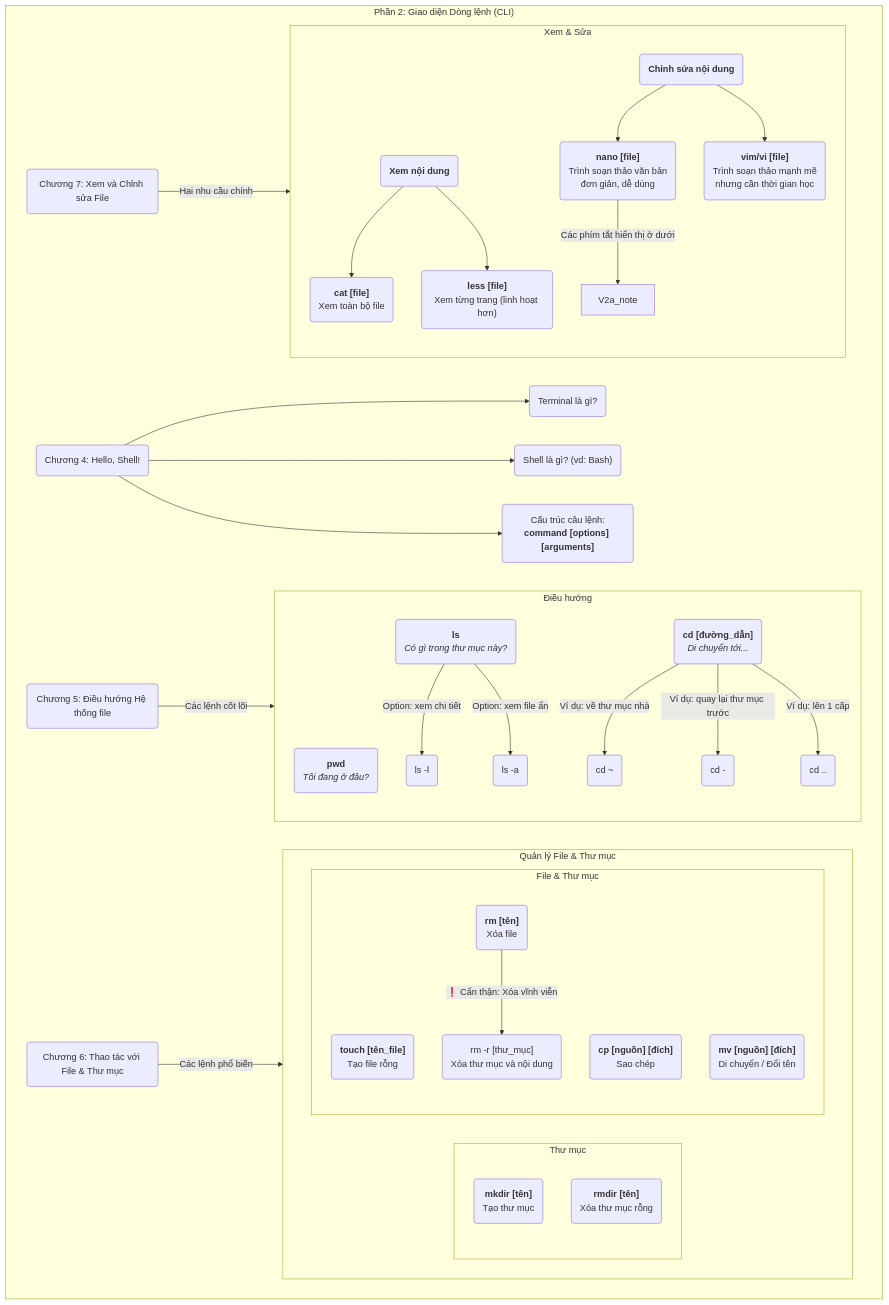
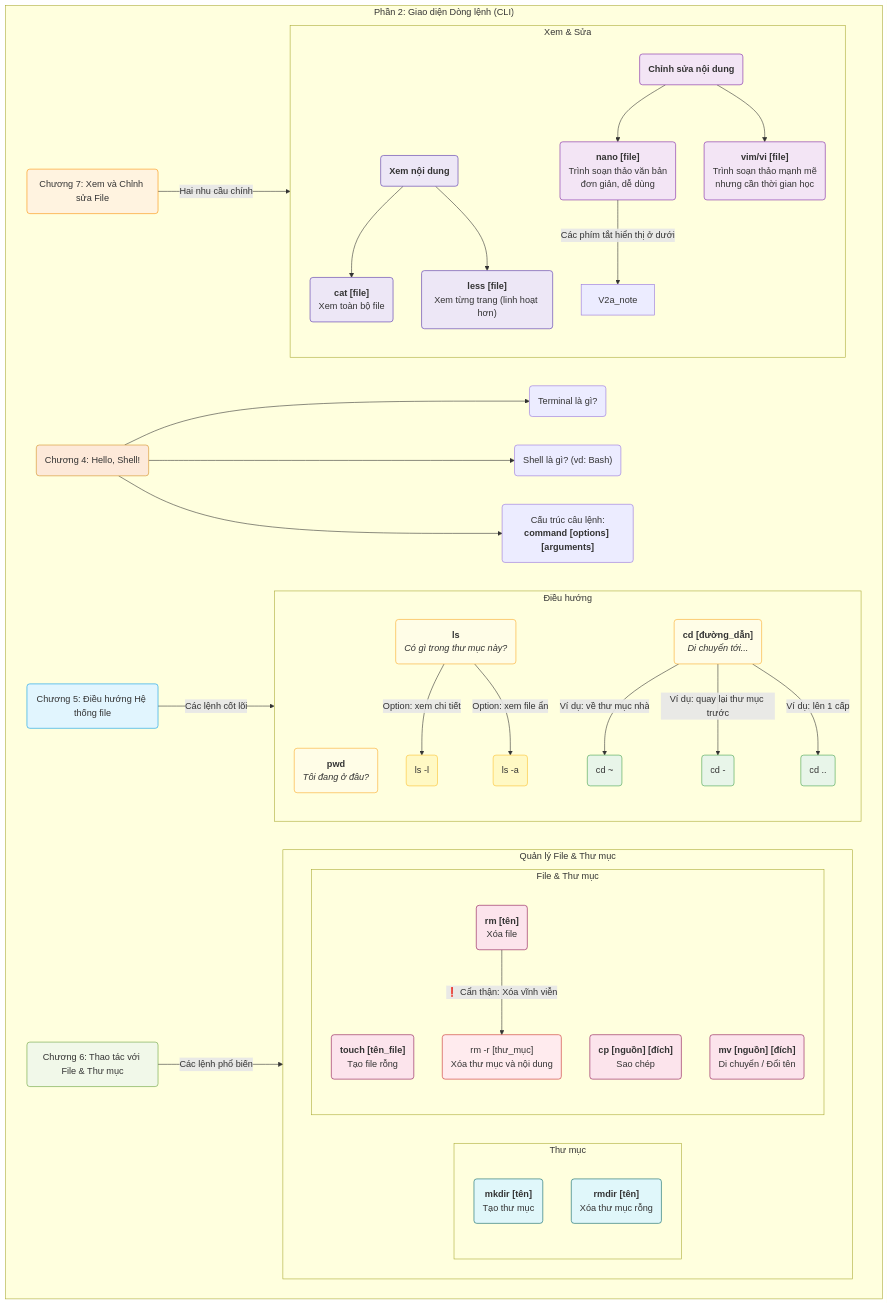
One commit to ngockhanhvd2812/DBA changed the third of 5 diagrams in linux.md. Above: the diagram before and after it, drawn with Mermaid. The commit also changed other lines of this file, not shown here.

````diff
--- a/linux.md
+++ b/linux.md
@@ -45,53 +115,80 @@
 ```mermaid
 graph TD
     subgraph "Phần 2: Giao diện Dòng lệnh (CLI)"
         %% Chapters
         C4("Chương 4: Hello, Shell!")
         C5("Chương 5: Điều hướng Hệ thống file")
         C6("Chương 6: Thao tác với File & Thư mục")
         C7("Chương 7: Xem và Chỉnh sửa File")
 
         C4 --> S1("Terminal là gì?")
         C4 --> S2("Shell là gì? (vd: Bash)")
         C4 --> S3("Cấu trúc câu lệnh:<br/><b>command [options] [arguments]</b>")
 
         C5 -- "Các lệnh cốt lõi" --> C5_Nav
         subgraph C5_Nav [Điều hướng]
             L1("<b>pwd</b><br/><i>Tôi đang ở đâu?</i>")
             L2("<b>ls</b><br/><i>Có gì trong thư mục này?</i>")
                 L2 -- "Option: xem chi tiết" --> L2_opt1("ls -l")
                 L2 -- "Option: xem file ẩn" --> L2_opt2("ls -a")
             L3("<b>cd [đường_dẫn]</b><br/><i>Di chuyển tới...</i>")
                 L3 -- "Ví dụ: về thư mục nhà" --> L3_ex1("cd ~")
                 L3 -- "Ví dụ: quay lại thư mục trước" --> L3_ex2("cd -")
                 L3 -- "Ví dụ: lên 1 cấp" --> L3_ex3("cd ..")
         end
 
         C6 -- "Các lệnh phổ biến" --> C6_Manage
         subgraph C6_Manage [Quản lý File & Thư mục]
             direction LR
             subgraph "Thư mục"
                 M1("<b>mkdir [tên]</b><br/>Tạo thư mục")
                 M2("<b>rmdir [tên]</b><br/>Xóa thư mục rỗng")
             end
             subgraph "File & Thư mục"
                 M3("<b>touch [tên_file]</b><br/>Tạo file rỗng")
                 M4("<b>cp [nguồn] [đích]</b><br/>Sao chép")
                 M5("<b>mv [nguồn] [đích]</b><br/>Di chuyển / Đổi tên")
                 M6("<b>rm [tên]</b><br/>Xóa file")
                 M6 -- "❗️ Cẩn thận: Xóa vĩnh viễn" --> M6_warn("rm -r [thư_mục]<br/>Xóa thư mục và nội dung")
             end
         end
 
         C7 -- "Hai nhu cầu chính" --> C7_ViewEdit
         subgraph C7_ViewEdit [Xem & Sửa]
             V1("<b>Xem nội dung</b>")
                 V1 --> V1a("<b>cat [file]</b><br/>Xem toàn bộ file")
                 V1 --> V1b("<b>less [file]</b><br/>Xem từng trang (linh hoạt hơn)")
             V2("<b>Chỉnh sửa nội dung</b>")
                 V2 --> V2a("<b>nano [file]</b><br/>Trình soạn thảo văn bản<br/>đơn giản, dễ dùng")
                 V2a -- "Các phím tắt hiển thị ở dưới" --> V2a_note
                 V2 --> V2b("<b>vim/vi [file]</b><br/>Trình soạn thảo mạnh mẽ<br/>nhưng cần thời gian học")
         end
     end
+
+    %% Styles
+    style C4 fill:#fde9d9,stroke:#d38c1f
+    style C5 fill:#e1f5fe,stroke:#039be5
+    style C6 fill:#f1f8e9,stroke:#689f38
+    style C7 fill:#fff3e0,stroke:#fb8c00
+    style L1 fill:#fffde7,stroke:#f9a825
+    style L2 fill:#fffde7,stroke:#f9a825
+    style L2_opt1 fill:#fff9c4,stroke:#fbc02d
+    style L2_opt2 fill:#fff9c4,stroke:#fbc02d
+    style L3 fill:#fffde7,stroke:#f9a825
+    style L3_ex1 fill:#e8f5e9,stroke:#43a047
+    style L3_ex2 fill:#e8f5e9,stroke:#43a047
+    style L3_ex3 fill:#e8f5e9,stroke:#43a047
+    style M1 fill:#e0f7fa,stroke:#006064
+    style M2 fill:#e0f7fa,stroke:#006064
+    style M3 fill:#fce4ec,stroke:#880e4f
+    style M4 fill:#fce4ec,stroke:#880e4f
+    style M5 fill:#fce4ec,stroke:#880e4f
+    style M6 fill:#fce4ec,stroke:#880e4f
+    style M6_warn fill:#ffebee,stroke:#c62828
+    style V1 fill:#ede7f6,stroke:#512da8
+    style V1a fill:#ede7f6,stroke:#512da8
+    style V1b fill:#ede7f6,stroke:#512da8
+    style V2 fill:#f3e5f5,stroke:#7b1fa2
+    style V2a fill:#f3e5f5,stroke:#7b1fa2
+    style V2b fill:#f3e5f5,stroke:#7b1fa2
 ```  
````
